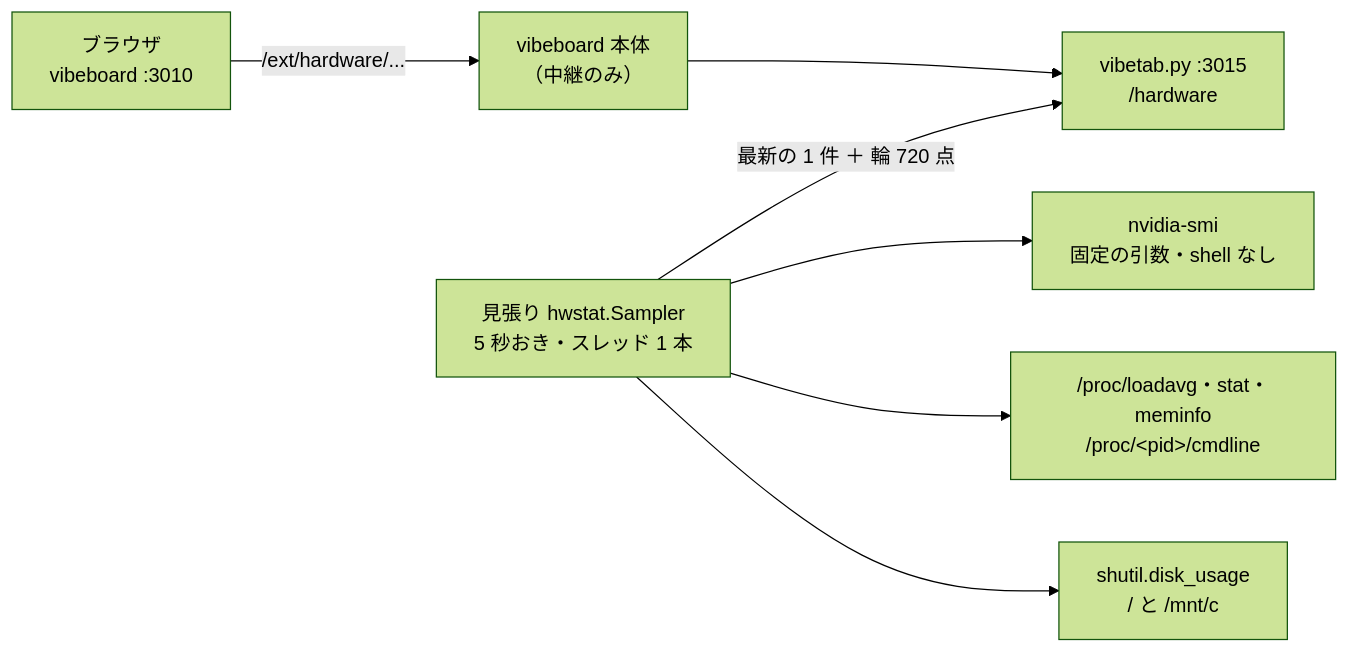
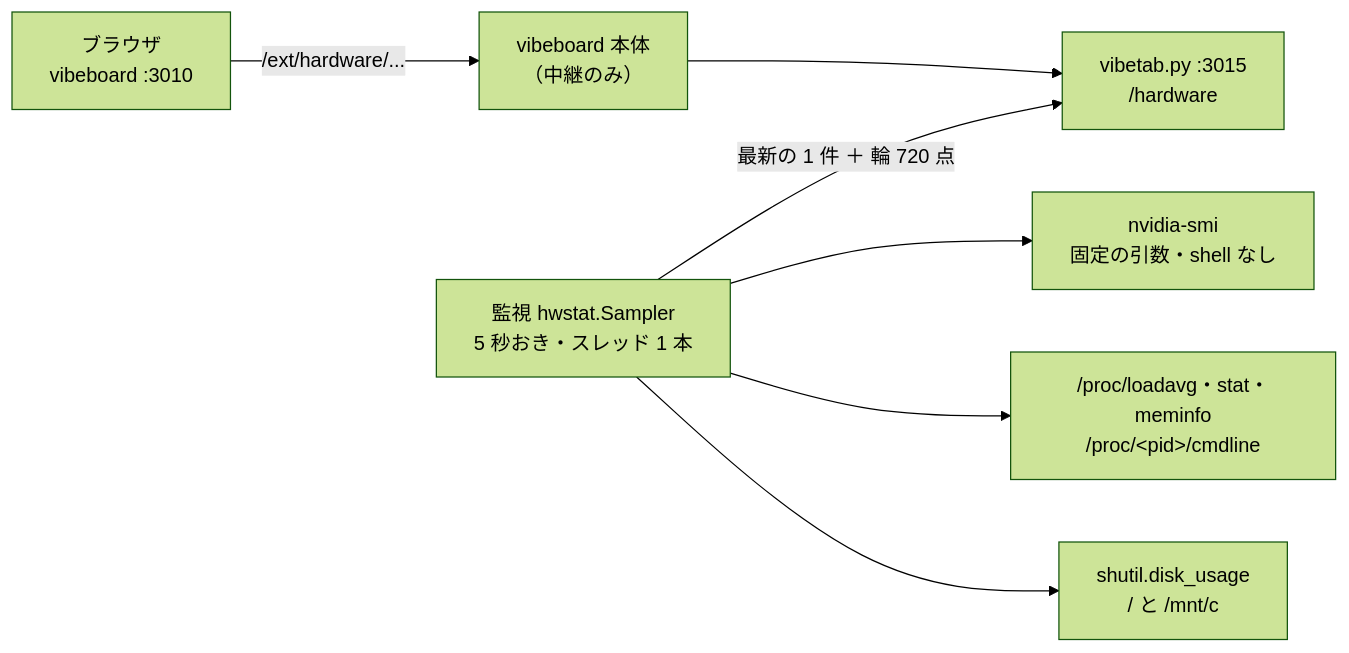
One commit to akiraak/ai-income-lab changed diagram 15 of 28 in docs/specs/dashboard.md. Above: the diagram before and after it, drawn with Mermaid (forest theme). The commit also changed other lines of this file and 45 other files, not shown here.

````diff
--- a/docs/specs/dashboard.md
+++ b/docs/specs/dashboard.md
@@ -760,9 +760,9 @@
 ```mermaid
 flowchart LR
   B["ブラウザ<br/>vibeboard :3010"] -->|"/ext/hardware/..."| V["vibeboard 本体<br/>（中継のみ）"]
   V --> T["vibetab.py :3015<br/>/hardware"]
-  S["見張り hwstat.Sampler<br/>5 秒おき・スレッド 1 本"] -->|"最新の 1 件 ＋ 輪 720 点"| T
+  S["監視 hwstat.Sampler<br/>5 秒おき・スレッド 1 本"] -->|"最新の 1 件 ＋ 輪 720 点"| T
   S --> N["nvidia-smi<br/>固定の引数・shell なし"]
   S --> P["/proc/loadavg・stat・meminfo<br/>/proc/&lt;pid&gt;/cmdline"]
   S --> D["shutil.disk_usage<br/>/ と /mnt/c"]
 ```
````
